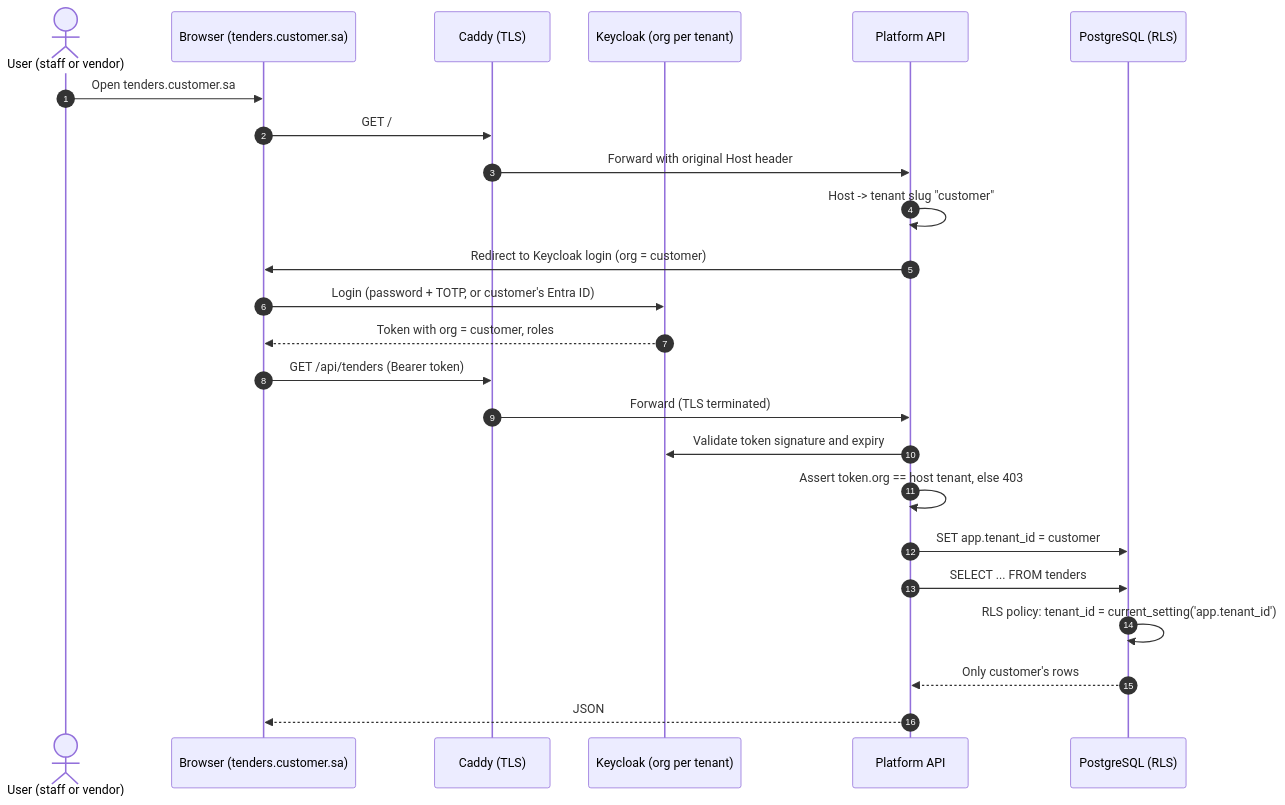
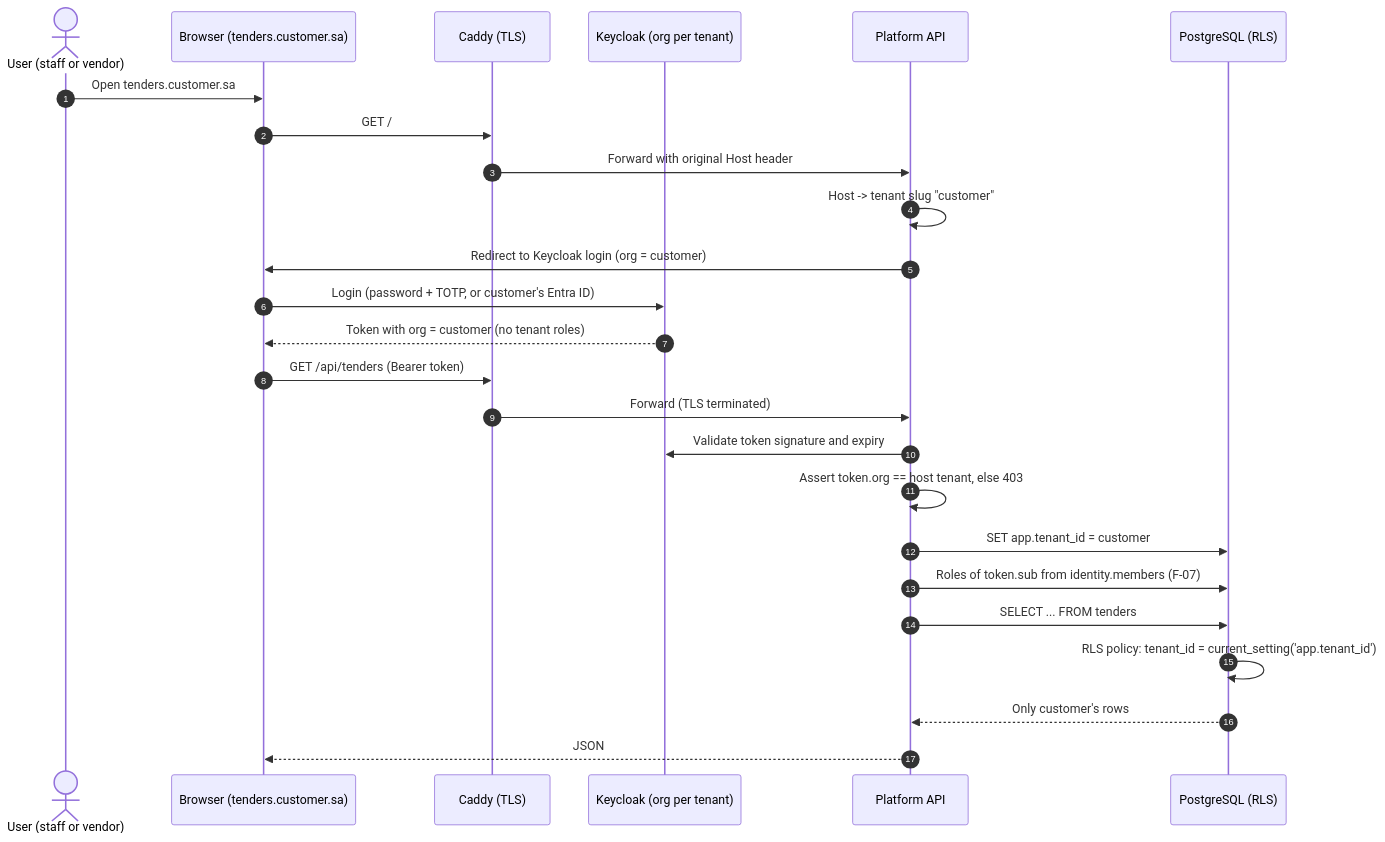
The fifth of 13 diagrams in docs/03-diagrams.md (AhmedAssaf/ERP), drawn with Mermaid before and after one commit. The commit also changed 28 other files, not shown here.

Commit message:
Tenant roles from our member table with role policies and throttled denial audit; F-07

````diff
--- a/docs/03-diagrams.md
+++ b/docs/03-diagrams.md
@@ -169,27 +169,28 @@
 ```mermaid
 sequenceDiagram
     autonumber
     actor U as User (staff or vendor)
     participant B as Browser (tenders.customer.sa)
     participant GW as Caddy (TLS)
     participant KC as Keycloak (org per tenant)
     participant API as Platform API
     participant DB as PostgreSQL (RLS)
 
     U->>B: Open tenders.customer.sa
     B->>GW: GET /
     GW->>API: Forward with original Host header
     API->>API: Host -> tenant slug "customer"
     API->>B: Redirect to Keycloak login (org = customer)
     B->>KC: Login (password + TOTP, or customer's Entra ID)
-    KC-->>B: Token with org = customer, roles
+    KC-->>B: Token with org = customer (no tenant roles)
     B->>GW: GET /api/tenders (Bearer token)
     GW->>API: Forward (TLS terminated)
     API->>KC: Validate token signature and expiry
     API->>API: Assert token.org == host tenant, else 403
     API->>DB: SET app.tenant_id = customer
+    API->>DB: Roles of token.sub from identity.members (F-07)
     API->>DB: SELECT ... FROM tenders
     DB->>DB: RLS policy: tenant_id = current_setting('app.tenant_id')
     DB-->>API: Only customer's rows
     API-->>B: JSON
 ```
````
